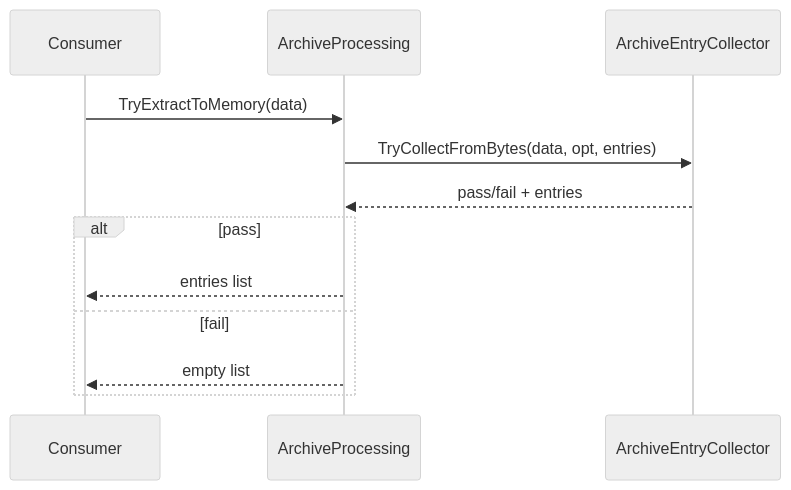
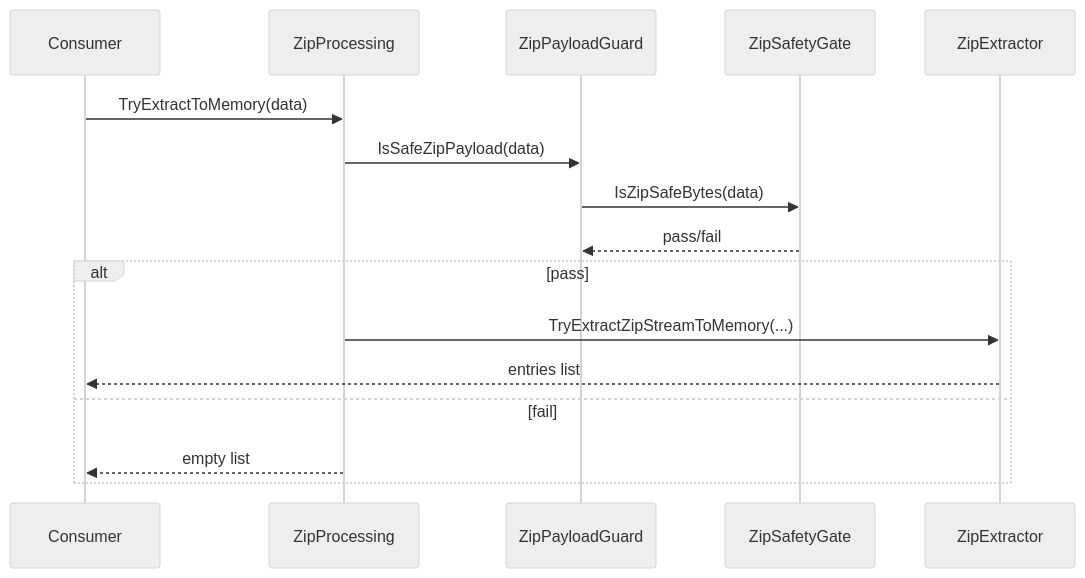
The sixth of 9 diagrams in docs/02_ARCHITECTURE_AND_FLOWS.md (tomtastisch/FileClassifier), drawn with Mermaid (neutral theme) before and after one commit. The commit also changed other lines of this file and 80 other files, not shown here.

````diff
--- a/docs/02_ARCHITECTURE_AND_FLOWS.md
+++ b/docs/02_ARCHITECTURE_AND_FLOWS.md
@@ -240,16 +236,20 @@
 ```mermaid
 sequenceDiagram
   participant Caller as Consumer
-  participant ZP as ArchiveProcessing
-  participant Collect as ArchiveEntryCollector
+  participant ZP as ZipProcessing
+  participant Guard as ZipPayloadGuard
+  participant Gate as ZipSafetyGate
+  participant Extract as ZipExtractor
 
   Caller->>ZP: TryExtractToMemory(data)
-  ZP->>Collect: TryCollectFromBytes(data, opt, entries)
-  Collect-->>ZP: pass/fail + entries
+  ZP->>Guard: IsSafeZipPayload(data)
+  Guard->>Gate: IsZipSafeBytes(data)
+  Gate-->>Guard: pass/fail
 
   alt pass
-    ZP-->>Caller: entries list
+    ZP->>Extract: TryExtractZipStreamToMemory(...)
+    Extract-->>Caller: entries list
   else fail
     ZP-->>Caller: empty list
   end
 ```
````
